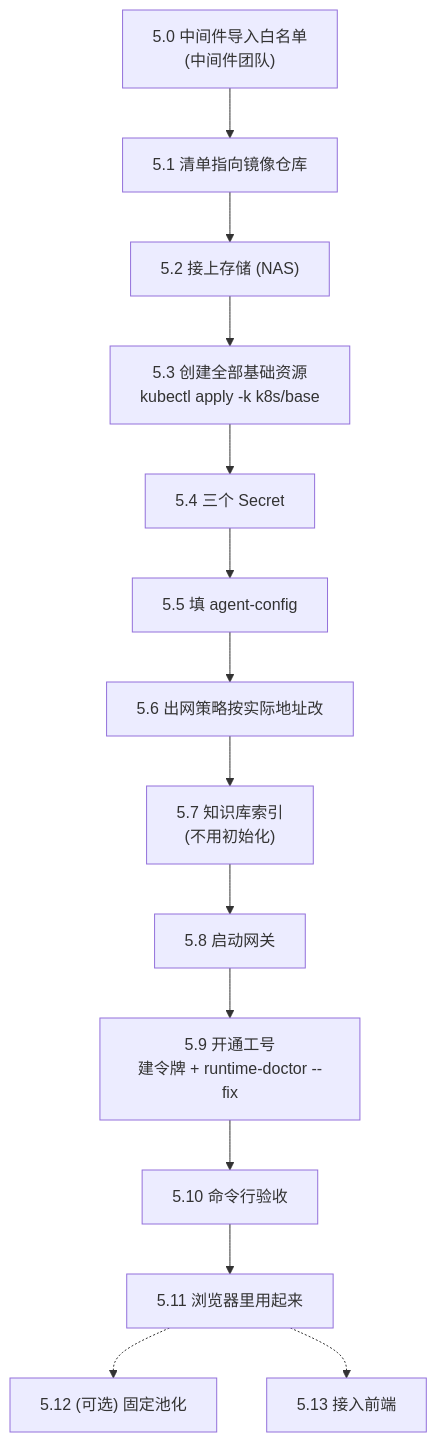
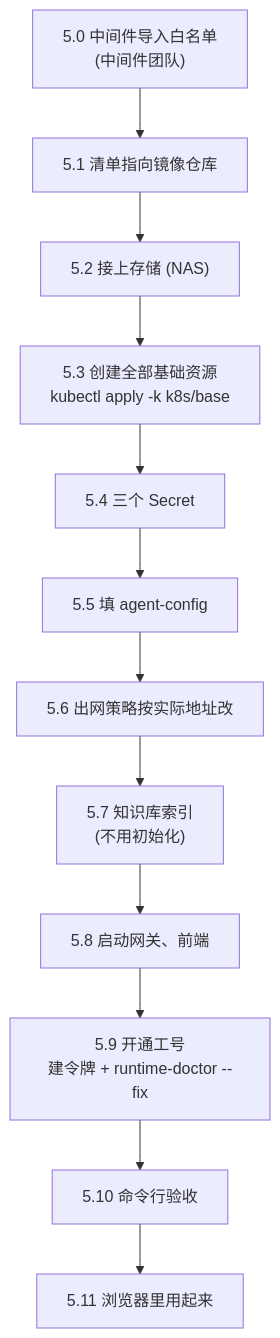
Before and after one commit to sqlrush/gh_gs_k8s_agent: the fourth of 4 diagrams in docs/从源码构建到K8s运行-完整手册.md, drawn with Mermaid. The commit also changed other lines of this file and 488 other files, not shown here.

````diff
--- a/docs/从源码构建到K8s运行-完整手册.md
+++ b/docs/从源码构建到K8s运行-完整手册.md
@@ -286,16 +297,14 @@
 ```mermaid
 flowchart TD
     S0["5.0 中间件导入白名单<br/>(中间件团队)"] --> S1["5.1 清单指向镜像仓库"]
     S1 --> S2["5.2 接上存储 (NAS)"]
     S2 --> S3["5.3 创建全部基础资源<br/>kubectl apply -k k8s/base"]
     S3 --> S4["5.4 三个 Secret"]
     S4 --> S5["5.5 填 agent-config"]
     S5 --> S6["5.6 出网策略按实际地址改"]
     S6 --> S7["5.7 知识库索引<br/>(不用初始化)"]
-    S7 --> S8["5.8 启动网关"]
+    S7 --> S8["5.8 启动网关、前端"]
     S8 --> S9["5.9 开通工号<br/>建令牌 + runtime-doctor --fix"]
     S9 --> S10["5.10 命令行验收"]
     S10 --> S11["5.11 浏览器里用起来"]
-    S11 -.-> S12["5.12 (可选) 固定池化"]
-    S11 -.-> S13["5.13 接入前端"]
 ```
````
